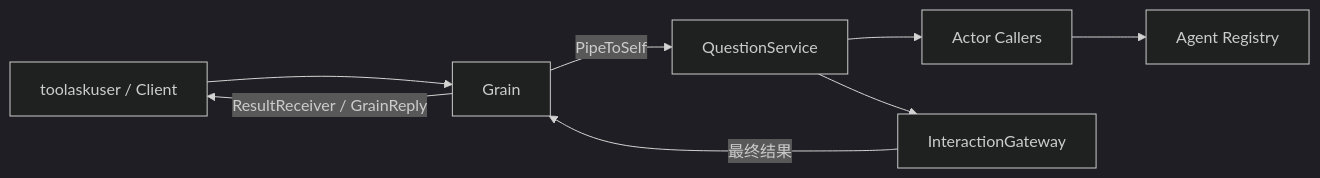
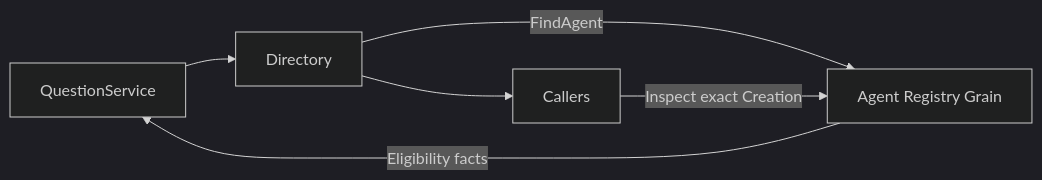
The diagram in userquestions/actor/README.zh-CN.md (gorenx/goren), drawn with Mermaid (dark theme) before and after one commit. The commit also changed other lines of this file and 12 other files, not shown here.

Commit message:
docs(actor): describe built-in tool wiring and remove question actor layer

````diff
--- a/userquestions/actor/README.zh-CN.md
+++ b/userquestions/actor/README.zh-CN.md
@@ -7,10 +9,8 @@
 ```mermaid
 flowchart LR
-    Tool[toolaskuser / Client] --> Grain
-    Grain -->|PipeToSelf| Service[QuestionService]
-    Service --> Callers[Actor Callers]
-    Callers --> Registry[Agent Registry]
-    Service --> Provider[InteractionGateway]
-    Provider -->|最终结果| Grain
-    Grain -->|ResultReceiver / GrainReply| Tool
+    Q[QuestionService] --> D[Directory]
+    D -->|FindAgent| R[Agent Registry Grain]
+    D --> C[Callers]
+    C -->|Inspect exact Creation| R
+    R -->|Eligibility facts| Q
 ```
````
